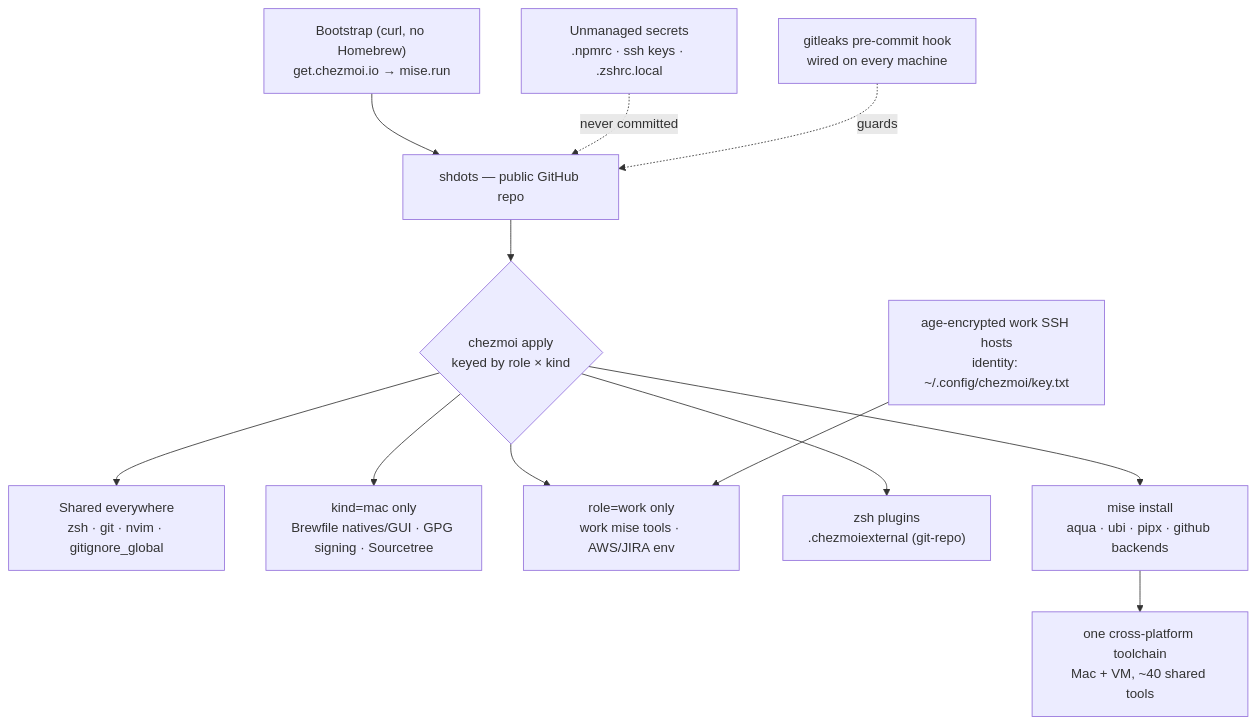
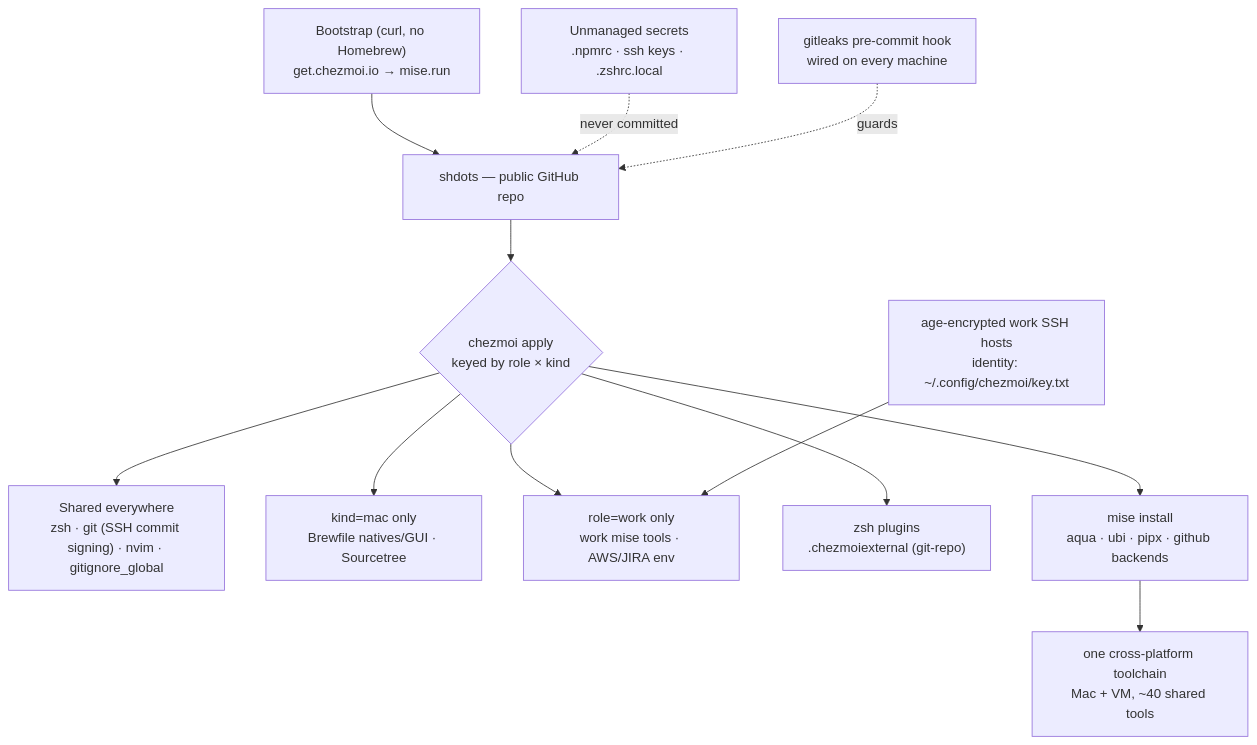
The second of 2 diagrams in README.md (shahwan42/shdots), drawn with Mermaid before and after one commit. The commit also changed other lines of this file and 4 other files, not shown here.

````diff
--- a/README.md
+++ b/README.md
@@ -78,19 +109,19 @@
 ```mermaid
 flowchart TB
   bootstrap["Bootstrap (curl, no Homebrew)<br/>get.chezmoi.io → mise.run"]
   repo["shdots — public GitHub repo"]
   bootstrap --> repo
   repo --> chezmoi{"chezmoi apply<br/>keyed by role × kind"}
 
-  chezmoi --> shared["Shared everywhere<br/>zsh · git · nvim · gitignore_global"]
-  chezmoi --> mac["kind=mac only<br/>Brewfile natives/GUI · GPG signing · Sourcetree"]
+  chezmoi --> shared["Shared everywhere<br/>zsh · git (SSH commit signing) · nvim · gitignore_global"]
+  chezmoi --> mac["kind=mac only<br/>Brewfile natives/GUI · Sourcetree"]
   chezmoi --> work["role=work only<br/>work mise tools · AWS/JIRA env"]
 
   chezmoi --> ext["zsh plugins<br/>.chezmoiexternal (git-repo)"]
   chezmoi --> mise["mise install<br/>aqua · ubi · pipx · github backends"]
   mise --> tools["one cross-platform toolchain<br/>Mac + VM, ~40 shared tools"]
 
   age["age-encrypted work SSH hosts<br/>identity: ~/.config/chezmoi/key.txt"] --> work
   secrets["Unmanaged secrets<br/>.npmrc · ssh keys · .zshrc.local"] -.->|never committed| repo
   hook["gitleaks pre-commit hook<br/>wired on every machine"] -.->|guards| repo
 ```
````
